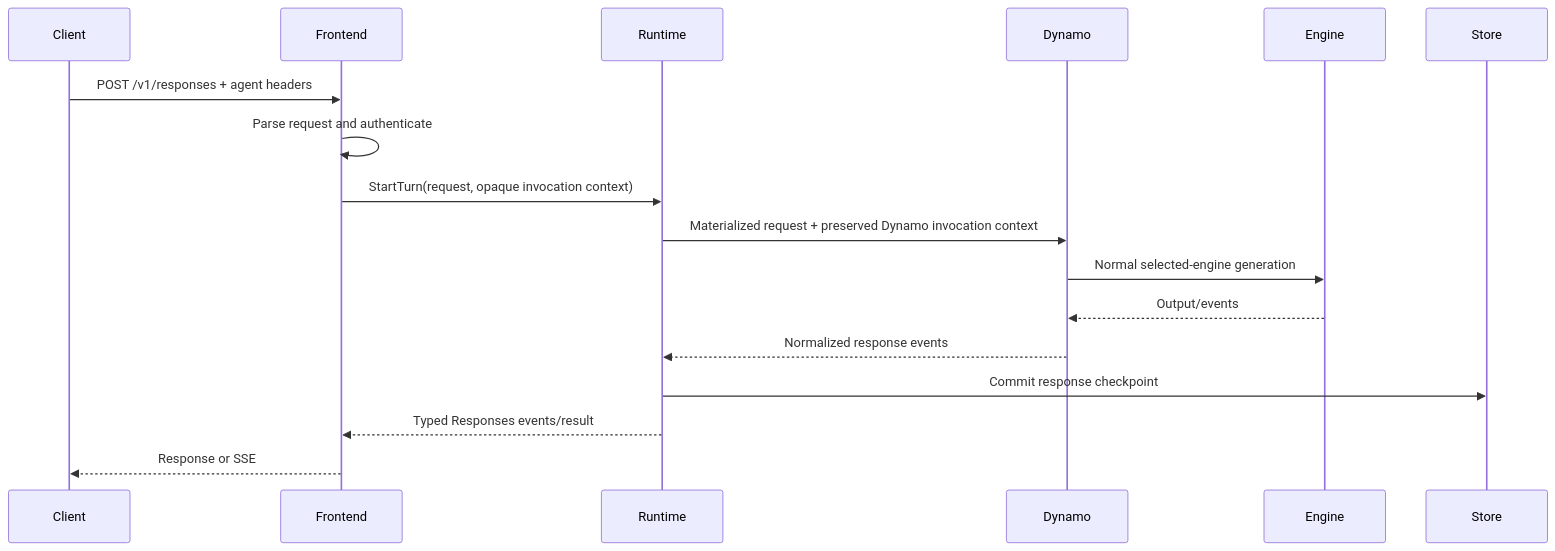
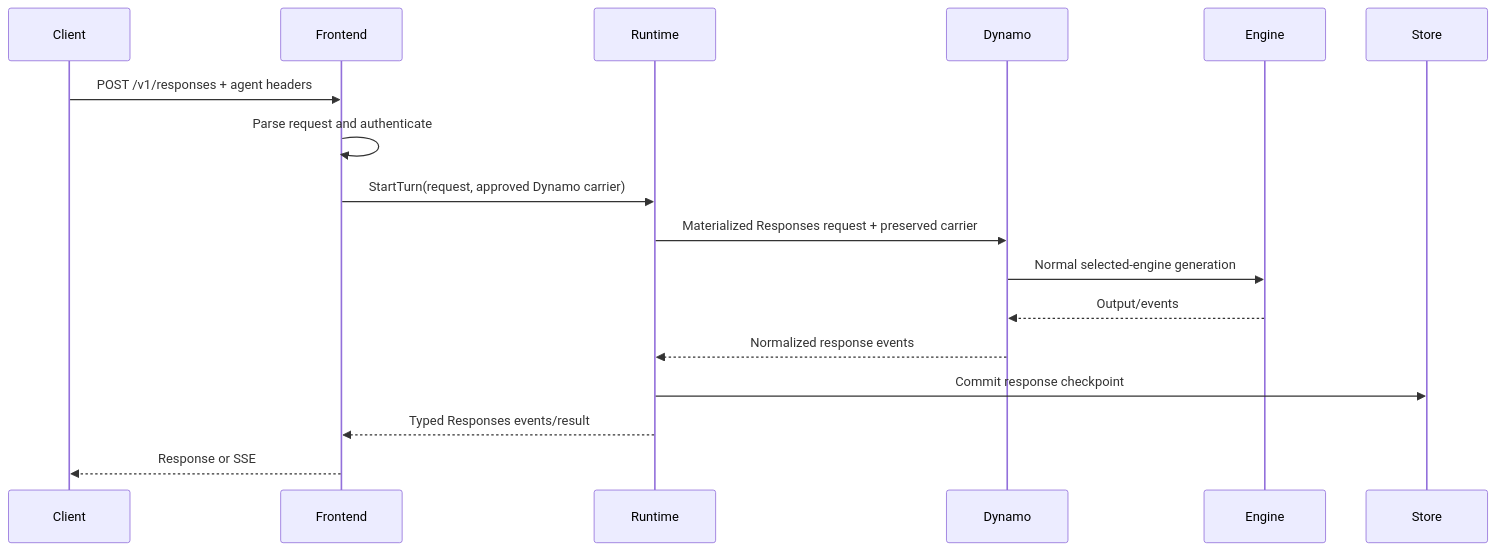
One commit to ai-dynamo/dynamo changed the second of 3 diagrams in docs/design/stateful-agent-runtime.md. Above: the diagram before and after it, drawn with Mermaid. The commit also changed other lines of this file, not shown here.

Commit message:
docs: route stateful turns through Dynamo frontend

````diff
--- a/docs/design/stateful-agent-runtime.md
+++ b/docs/design/stateful-agent-runtime.md
@@ -101,20 +101,20 @@
 ```mermaid
 sequenceDiagram
   participant Client
   participant Frontend
   participant Runtime
   participant Dynamo
   participant Engine
   participant Store
 
   Client->>Frontend: POST /v1/responses + agent headers
   Frontend->>Frontend: Parse request and authenticate
-  Frontend->>Runtime: StartTurn(request, opaque invocation context)
-  Runtime->>Dynamo: Materialized request + preserved Dynamo invocation context
+  Frontend->>Runtime: StartTurn(request, approved Dynamo carrier)
+  Runtime->>Dynamo: Materialized Responses request + preserved carrier
   Dynamo->>Engine: Normal selected-engine generation
   Engine-->>Dynamo: Output/events
   Dynamo-->>Runtime: Normalized response events
   Runtime->>Store: Commit response checkpoint
   Runtime-->>Frontend: Typed Responses events/result
   Frontend-->>Client: Response or SSE
 ```
````
